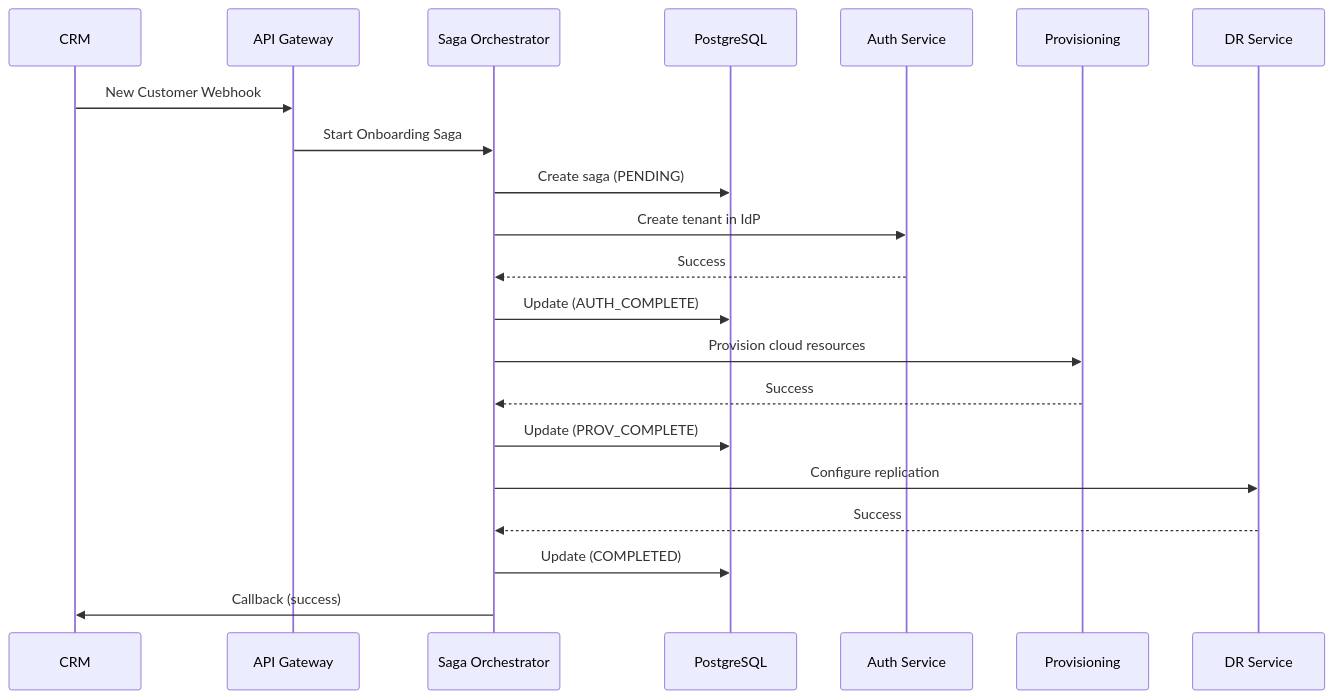
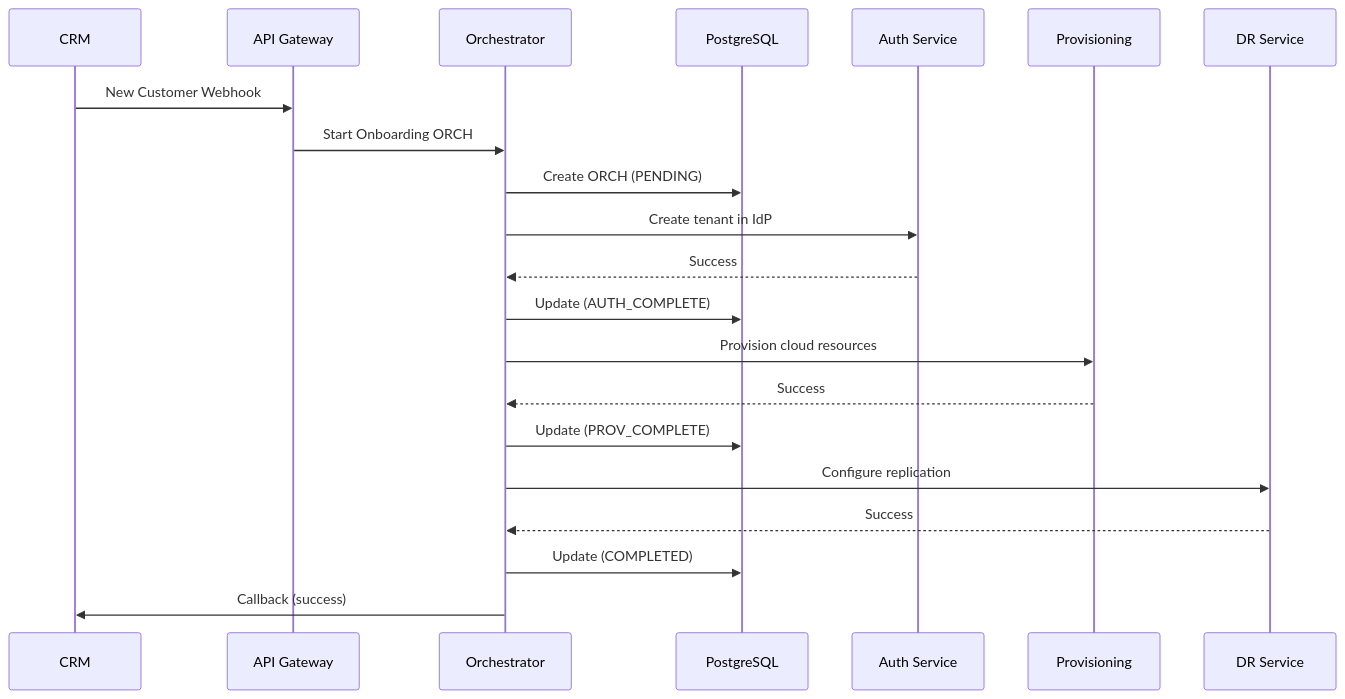
One commit to pwilliams-ck/engineering-projects changed the third of 5 diagrams in cloud-platform/README.md. Above: the diagram before and after it, drawn with Mermaid. The commit also changed other lines of this file, not shown here.

````diff
--- a/cloud-platform/README.md
+++ b/cloud-platform/README.md
@@ -118,28 +118,28 @@
 ```mermaid
 sequenceDiagram
     participant CRM as CRM
     participant API as API Gateway
-    participant Saga as Saga Orchestrator
+    participant ORCH as Orchestrator
     participant DB as PostgreSQL
     participant Auth as Auth Service
     participant Prov as Provisioning
     participant DRS as DR Service
 
     CRM->>API: New Customer Webhook
-    API->>Saga: Start Onboarding Saga
-    Saga->>DB: Create saga (PENDING)
+    API->>ORCH: Start Onboarding ORCH
+    ORCH->>DB: Create ORCH (PENDING)
 
-    Saga->>Auth: Create tenant in IdP
-    Auth-->>Saga: Success
-    Saga->>DB: Update (AUTH_COMPLETE)
+    ORCH->>Auth: Create tenant in IdP
+    Auth-->>ORCH: Success
+    ORCH->>DB: Update (AUTH_COMPLETE)
 
-    Saga->>Prov: Provision cloud resources
-    Prov-->>Saga: Success
-    Saga->>DB: Update (PROV_COMPLETE)
+    ORCH->>Prov: Provision cloud resources
+    Prov-->>ORCH: Success
+    ORCH->>DB: Update (PROV_COMPLETE)
 
-    Saga->>DRS: Configure replication
-    DRS-->>Saga: Success
-    Saga->>DB: Update (COMPLETED)
+    ORCH->>DRS: Configure replication
+    DRS-->>ORCH: Success
+    ORCH->>DB: Update (COMPLETED)
 
-    Saga->>CRM: Callback (success)
+    ORCH->>CRM: Callback (success)
 ```
````
